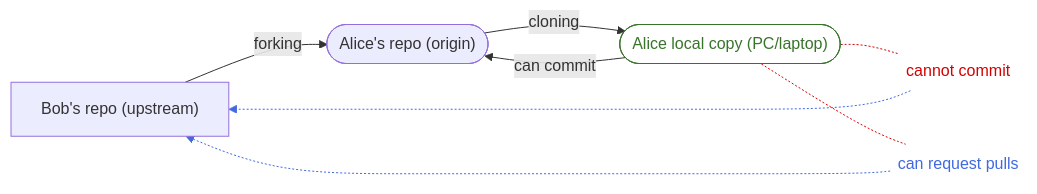
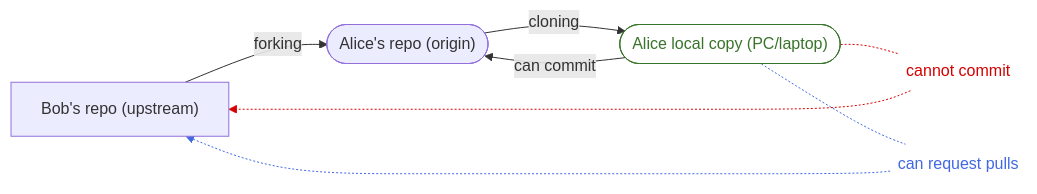
One commit to hpc2n/course-intro-git changed the third of 3 diagrams in docs/remotes.md. Above: the diagram before and after it, drawn with Mermaid.

Commit message:
Trying to find the error in the mermaid diagram

````diff
--- a/docs/remotes.md
+++ b/docs/remotes.md
@@ -385,24 +385,24 @@
 ```mermaid
 graph LR
   bob["Bob's repo (upstream)"] 
   alicef(["Alice's repo (origin)"])
   alicel(["Alice local copy (PC/laptop)"]) 
   style alicel fill:#ffffff,stroke:#39742b,color:#39742b
 
   alicef --> |cloning| alicel
   alicel --> |can commit| alicef
   bob --> |forking| alicef
   alicel -.- n1["cannot commit"]
   alicel -.- n2["can request pulls"]
   n1 -.-> bob
   n2 -.-> bob 
 
   n1@{ shape: text}
   n2@{ shape: text}
   style n1 color:#D50000
   style n2 color:#4169E1
   linkStyle 3 stroke:#D50000,fill:none
-  linkStyle 4 stroke:#D50000,fill:none
-  linkStyle 5 stroke:#4169E1,fill:none
+  linkStyle 4 stroke:#4169E1,fill:none
+  linkStyle 5 stroke:#D50000,fill:none
   linkStyle 6 stroke:#4169E1,fill:none
 ```
````
